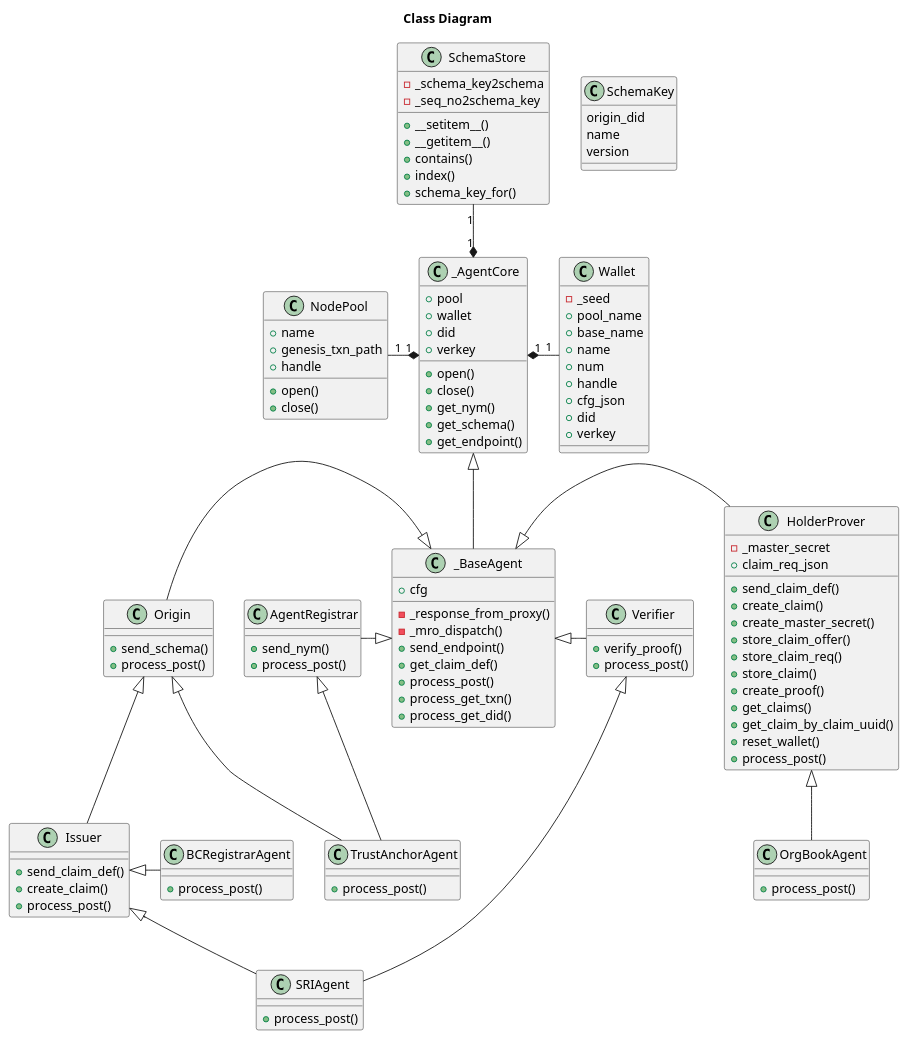
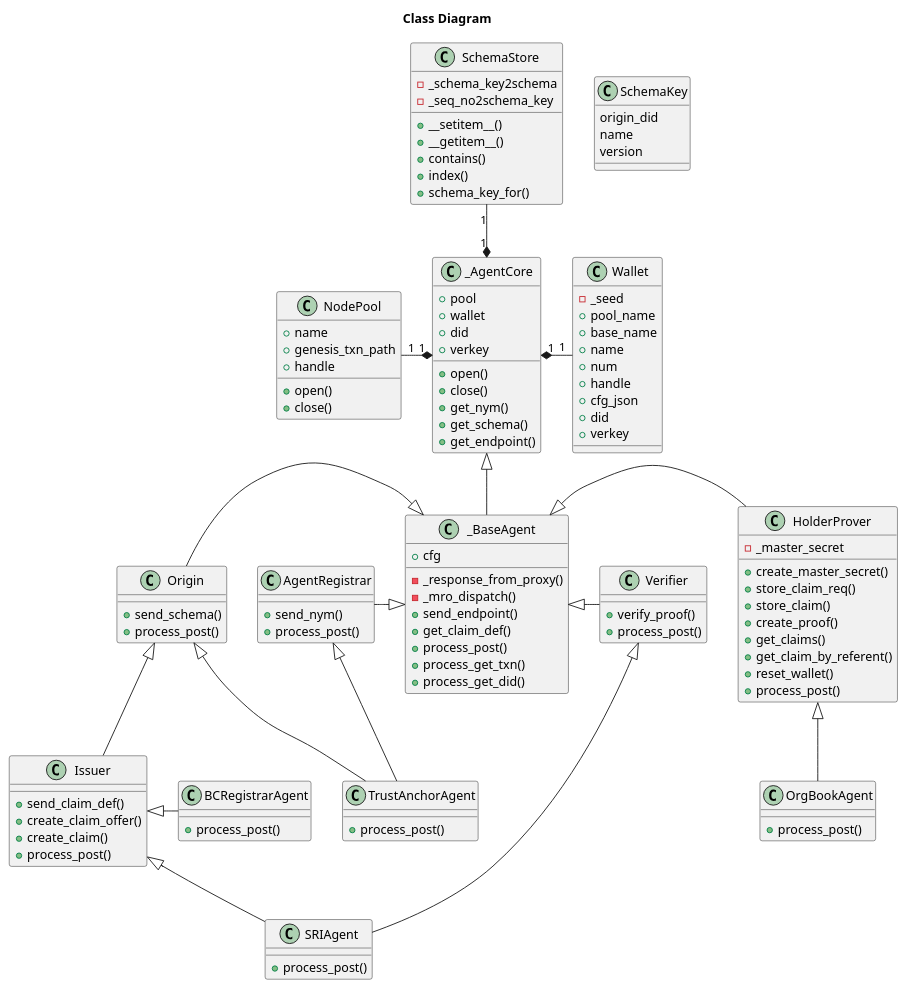
Before and after one commit to PSPC-SPAC-buyandsell/von_base: the diagram in doc/pic/src/class.puml, drawn with PlantUML. The commit also changed 6 other files, not shown here.

Commit message:
track indy-sdk 1.3.1-dev-408, baking proof of issuer into claim offer

```diff
--- a/doc/pic/src/class.puml
+++ b/doc/pic/src/class.puml
@@ -1,153 +1,150 @@
 @startuml
 /'
 Copyright 2017-2018 Government of Canada - Public Services and Procurement Canada - buyandsell.gc.ca
 
 Licensed under the Apache License, Version 2.0 (the "License");
 you may not use this file except in compliance with the License.
 You may obtain a copy of the License at
 
 http://www.apache.org/licenses/LICENSE-2.0
 
 Unless required by applicable law or agreed to in writing, software
 distributed under the License is distributed on an "AS IS" BASIS,
 WITHOUT WARRANTIES OR CONDITIONS OF ANY KIND, either express or implied.
 See the License for the specific language governing permissions and
 limitations under the License.
 '/
 
 title Class Diagram
 
 class SchemaKey {
     origin_did
     name
     version
 }
 
 class SchemaStore {
     -_schema_key2schema
     -_seq_no2schema_key
     +__setitem__()
     +__getitem__()
     +contains()
     +index()
     +schema_key_for()
 }
 
 class Wallet {
     -_seed
     +pool_name
     +base_name
     +name
     +num
     +handle
     +cfg_json
     +did
     +verkey
 }
 
 class NodePool {
     +name
     +genesis_txn_path
     +handle
     +open()
     +close()
 }
 
 class _AgentCore {
     +pool
     +wallet
     +did
     +verkey
     +open()
     +close()
     +get_nym()
     +get_schema()
     +get_endpoint()
 }
 
 class _BaseAgent {
     +cfg
     -_response_from_proxy()
     -_mro_dispatch()
     +send_endpoint()
     +get_claim_def()
     +process_post()
     +process_get_txn()
     +process_get_did()
 }
 
 class AgentRegistrar {
     +send_nym()
     +process_post()
 }
 
 class Origin {
     +send_schema()
     +process_post()
 }
 
 class Issuer {
     +send_claim_def()
+    +create_claim_offer()
     +create_claim()
     +process_post()
 }
 
 class HolderProver {
     -_master_secret
-    +claim_req_json
-    +send_claim_def()
-    +create_claim()
     +create_master_secret()
-    +store_claim_offer()
     +store_claim_req()
     +store_claim()
     +create_proof()
     +get_claims()
-    +get_claim_by_claim_uuid()
+    +get_claim_by_referent()
     +reset_wallet()
     +process_post()
 }
 
 class Verifier {
     +verify_proof()
     +process_post()
 }
 
 class TrustAnchorAgent {
     +process_post()
 }
 
 class SRIAgent {
     +process_post()
 }
 
 class BCRegistrarAgent {
     +process_post()
 }
 
 class OrgBookAgent {
     +process_post()
 }
 
 _AgentCore "1" *-up- "1" SchemaStore
 _AgentCore "1" *-left- "1" NodePool
 _AgentCore "1" *-right- "1" Wallet
 
 _AgentCore <|-down- _BaseAgent
 _BaseAgent <|-left- AgentRegistrar
 _BaseAgent <|-left- Origin
 _BaseAgent <|-right- HolderProver
 _BaseAgent <|-right- Verifier
 
 AgentRegistrar <|-down- TrustAnchorAgent
 Origin <|-down- TrustAnchorAgent
 Origin <|-down- Issuer
 
 Issuer <|-down- SRIAgent
 Verifier <|-down- SRIAgent
 
 Issuer <|- BCRegistrarAgent
 
 HolderProver <|-down- OrgBookAgent
 
 @enduml
```
